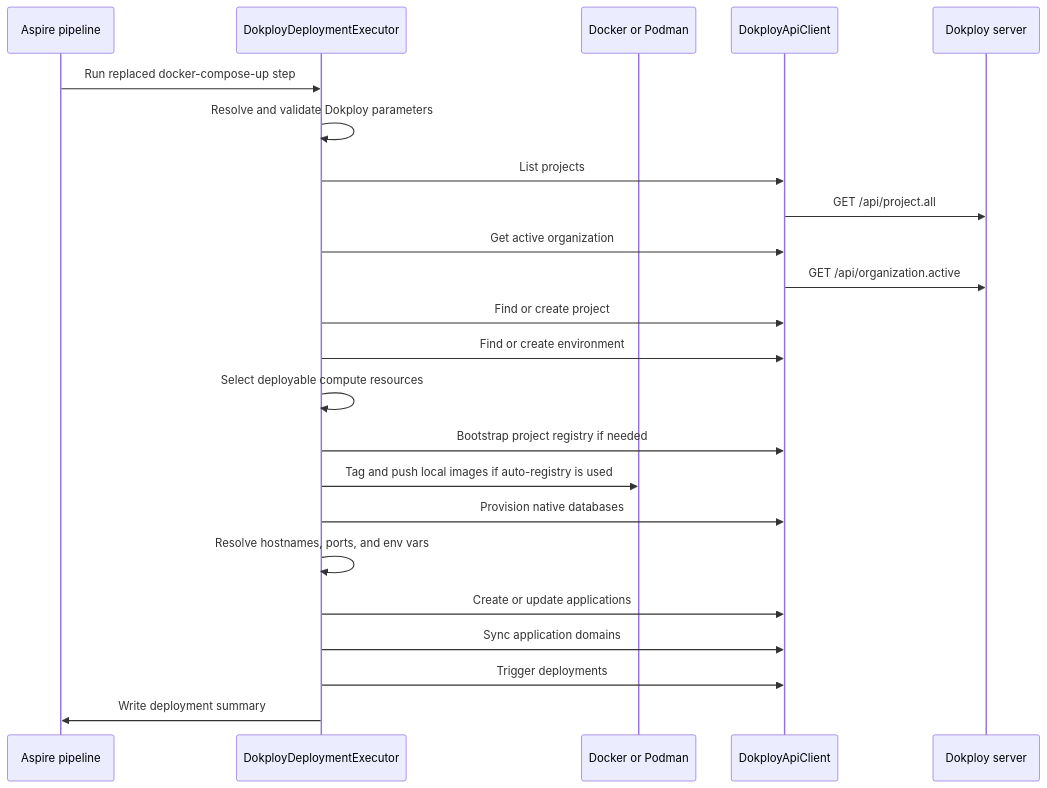
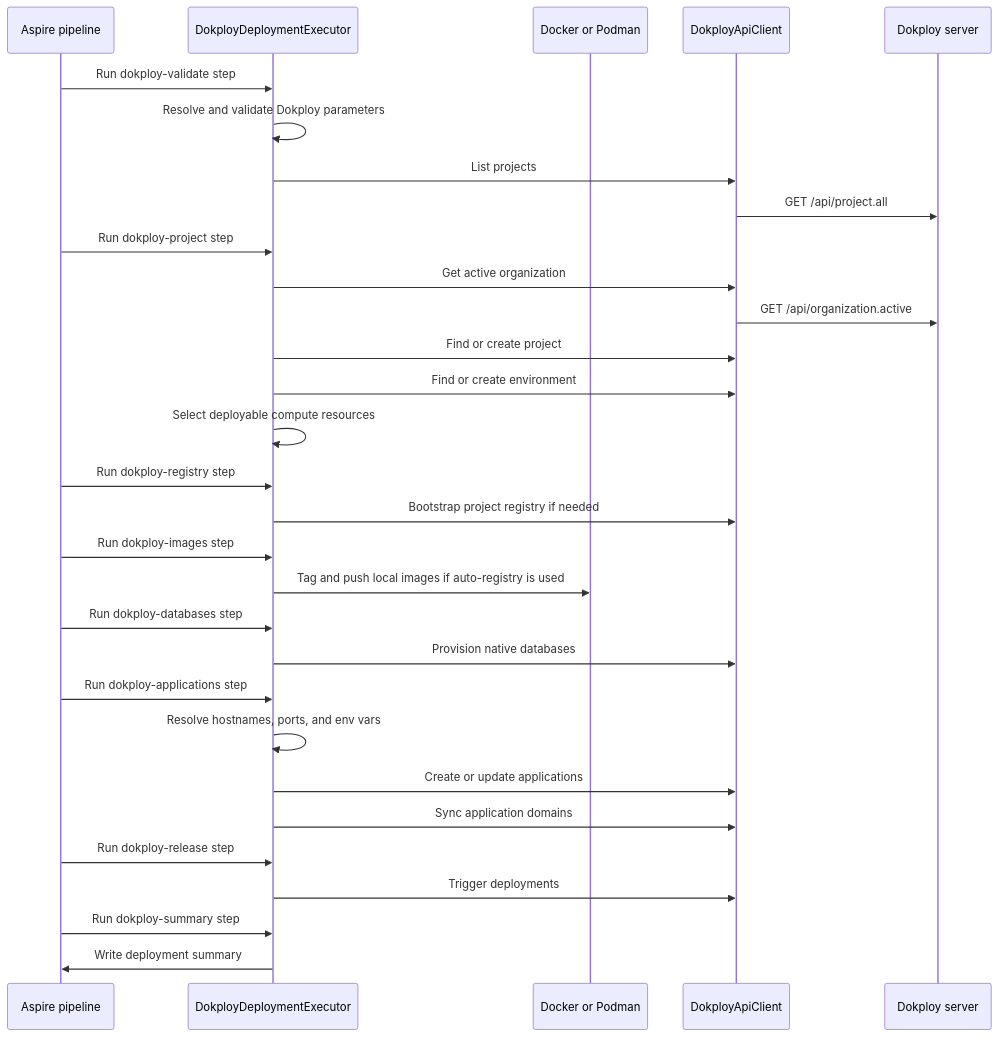
One commit to jomaxso/sorvia-aspire changed the fifth of 15 diagrams in docs/dokploy-deployment-architecture.md. Above: the diagram before and after it, drawn with Mermaid. The commit also changed other lines of this file and 6 other files, not shown here.

````diff
--- a/docs/dokploy-deployment-architecture.md
+++ b/docs/dokploy-deployment-architecture.md
@@ -149,26 +178,33 @@
 ```mermaid
 sequenceDiagram
     participant Pipeline as Aspire pipeline
     participant Executor as DokployDeploymentExecutor
     participant Docker as Docker or Podman
     participant Client as DokployApiClient
     participant Dokploy as Dokploy server
 
-    Pipeline->>Executor: Run replaced docker-compose-up step
+    Pipeline->>Executor: Run dokploy-validate step
     Executor->>Executor: Resolve and validate Dokploy parameters
     Executor->>Client: List projects
     Client->>Dokploy: GET /api/project.all
+    Pipeline->>Executor: Run dokploy-project step
     Executor->>Client: Get active organization
     Client->>Dokploy: GET /api/organization.active
     Executor->>Client: Find or create project
     Executor->>Client: Find or create environment
     Executor->>Executor: Select deployable compute resources
+    Pipeline->>Executor: Run dokploy-registry step
     Executor->>Client: Bootstrap project registry if needed
+    Pipeline->>Executor: Run dokploy-images step
     Executor->>Docker: Tag and push local images if auto-registry is used
+    Pipeline->>Executor: Run dokploy-databases step
     Executor->>Client: Provision native databases
+    Pipeline->>Executor: Run dokploy-applications step
     Executor->>Executor: Resolve hostnames, ports, and env vars
     Executor->>Client: Create or update applications
     Executor->>Client: Sync application domains
+    Pipeline->>Executor: Run dokploy-release step
     Executor->>Client: Trigger deployments
+    Pipeline->>Executor: Run dokploy-summary step
     Executor->>Pipeline: Write deployment summary
 ```
````
